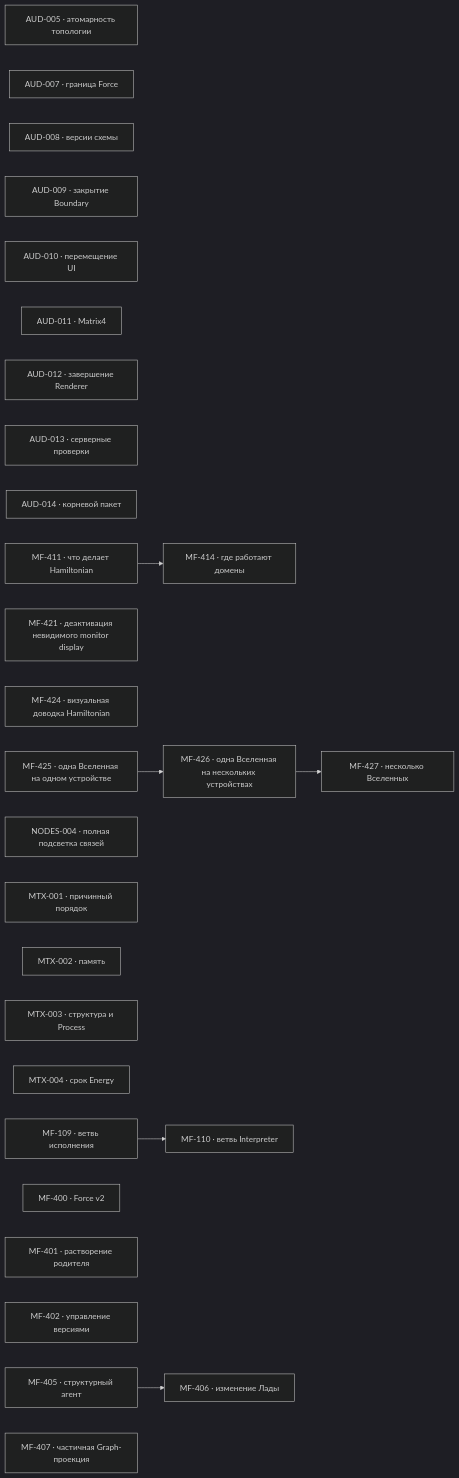
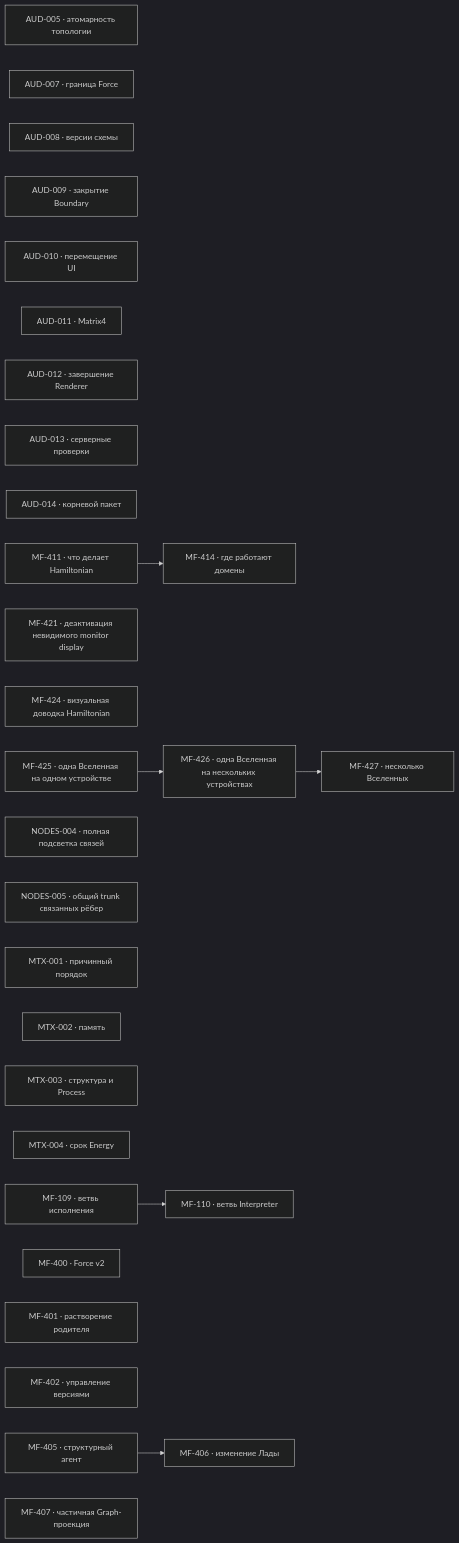
Before and after one commit to zavx0z/metafor: the diagram in project/TODO.md, drawn with Mermaid (dark theme). The commit also changed other lines of this file and 9 other files, not shown here.

````diff
--- a/project/TODO.md
+++ b/project/TODO.md
@@ -13,37 +13,38 @@
 ```mermaid
 flowchart LR
     AUD005["AUD-005 · атомарность топологии"]
     AUD007["AUD-007 · граница Force"]
     AUD008["AUD-008 · версии схемы"]
     AUD009["AUD-009 · закрытие Boundary"]
     AUD010["AUD-010 · перемещение UI"]
     AUD011["AUD-011 · Matrix4"]
     AUD012["AUD-012 · завершение Renderer"]
     AUD013["AUD-013 · серверные проверки"]
     AUD014["AUD-014 · корневой пакет"]
     MF411["MF-411 · что делает Hamiltonian"]
     MF414["MF-414 · где работают домены"]
     MF421["MF-421 · деактивация невидимого monitor display"]
     MF424["MF-424 · визуальная доводка Hamiltonian"]
     MF425["MF-425 · одна Вселенная на одном устройстве"]
     MF426["MF-426 · одна Вселенная на нескольких устройствах"]
     MF427["MF-427 · несколько Вселенных"]
     NODES004["NODES-004 · полная подсветка связей"]
+    NODES005["NODES-005 · общий trunk связанных рёбер"]
     MTX001["MTX-001 · причинный порядок"]
     MTX002["MTX-002 · память"]
     MTX003["MTX-003 · структура и Process"]
     MTX004["MTX-004 · срок Energy"]
     MF109["MF-109 · ветвь исполнения"]
     MF110["MF-110 · ветвь Interpreter"]
     MF400["MF-400 · Force v2"]
     MF401["MF-401 · растворение родителя"]
     MF402["MF-402 · управление версиями"]
     MF405["MF-405 · структурный агент"]
     MF406["MF-406 · изменение Лады"]
     MF407["MF-407 · частичная Graph-проекция"]
     MF109 --> MF110
     MF405 --> MF406
     MF411 --> MF414
     MF425 --> MF426
     MF426 --> MF427
 ```
````
